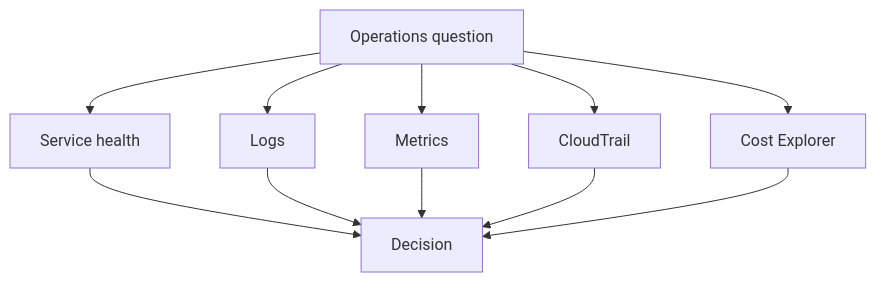
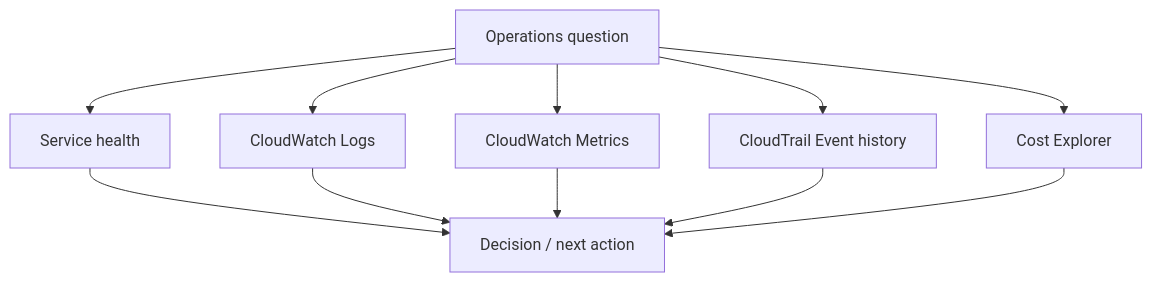
One commit to niceguy61/kdt_devops_lecture_2026_rev2 changed the diagram in week5/day5/lesson-02.md. Above: the diagram before and after it, drawn with Mermaid. The commit also changed other lines of this file and 12 other files, not shown here.

````diff
--- a/week5/day5/lesson-02.md
+++ b/week5/day5/lesson-02.md
@@ -24,13 +34,13 @@
 ```mermaid
 flowchart TD
   Question["Operations question"] --> Health["Service health"]
-  Question --> Logs["Logs"]
-  Question --> Metrics["Metrics"]
-  Question --> Trail["CloudTrail"]
+  Question --> Logs["CloudWatch Logs"]
+  Question --> Metrics["CloudWatch Metrics"]
+  Question --> Trail["CloudTrail Event history"]
   Question --> Cost["Cost Explorer"]
-  Health --> Decision["Decision"]
+  Health --> Decision["Decision / next action"]
   Logs --> Decision
   Metrics --> Decision
   Trail --> Decision
   Cost --> Decision
 ```
````
